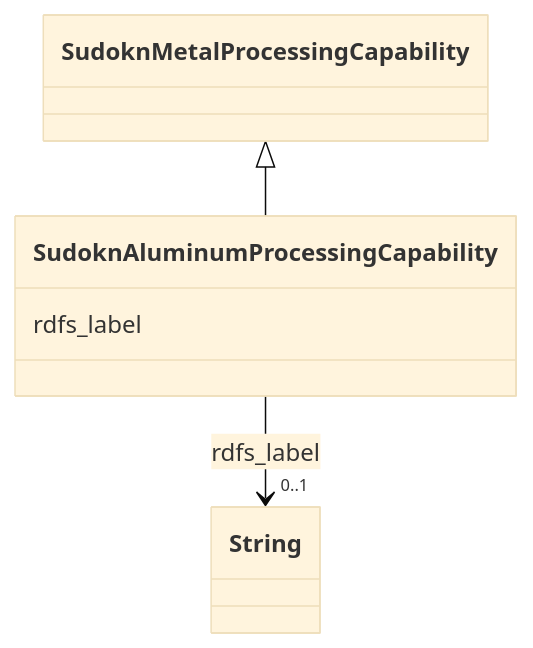
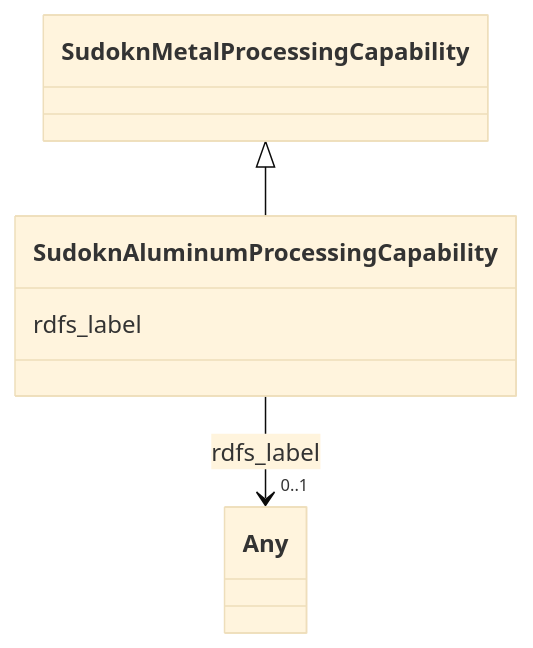
Before and after one commit to frink-okn/graph-descriptions: the diagram in sudokn-kg/classes/SudoknAluminumProcessingCapability.md, drawn with Mermaid (base theme). The commit also changed other lines of this file and 903 other files, not shown here.

````diff
--- a/sudokn-kg/classes/SudoknAluminumProcessingCapability.md
+++ b/sudokn-kg/classes/SudoknAluminumProcessingCapability.md
@@ -23,18 +18,18 @@
 ```mermaid
  classDiagram
     class SudoknAluminumProcessingCapability
     click SudoknAluminumProcessingCapability href "../SudoknAluminumProcessingCapability"
       SudoknMetalProcessingCapability <|-- SudoknAluminumProcessingCapability
         click SudoknMetalProcessingCapability href "../SudoknMetalProcessingCapability"
       
       SudoknAluminumProcessingCapability : rdfs_label
         
           
     
     
-    SudoknAluminumProcessingCapability --> "0..1" String : rdfs_label
-    click String href "../String"
+    SudoknAluminumProcessingCapability --> "0..1" Any : rdfs_label
+    click Any href "../Any"
 
         
       
 ```
````
